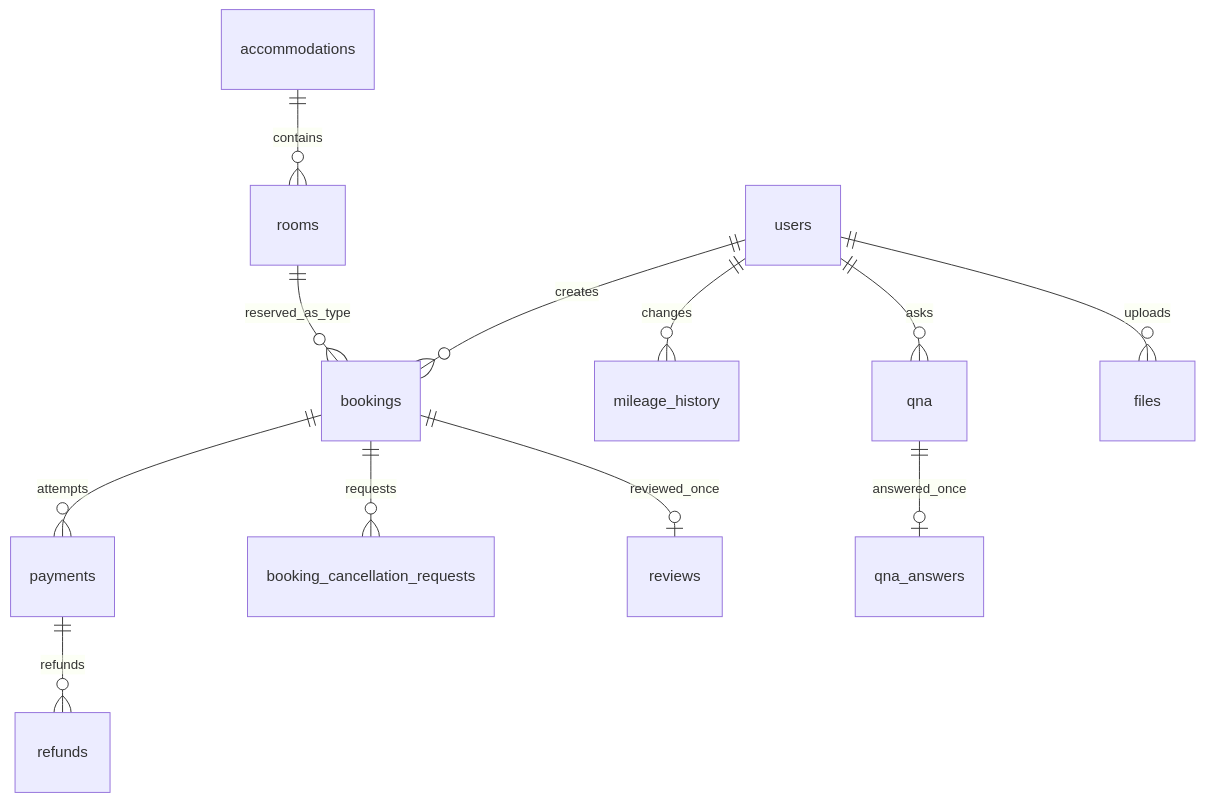
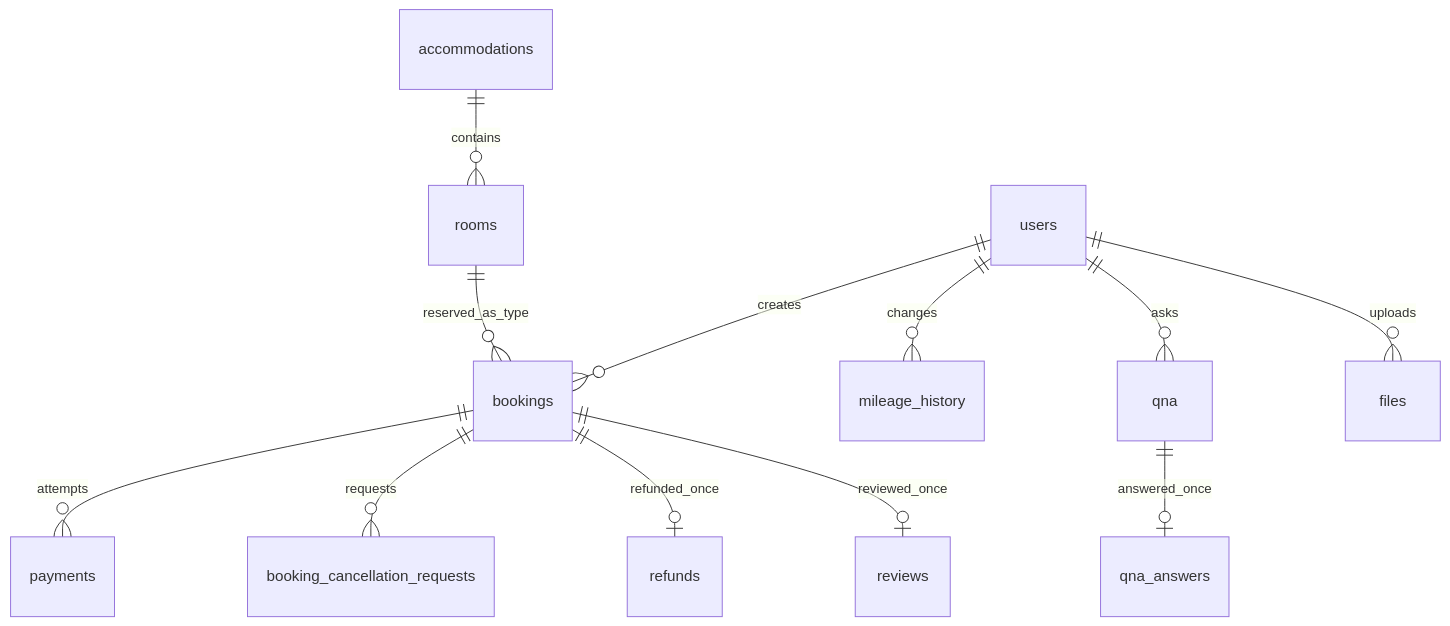
The diagram in docs/architecture/DATABASE.md (02wooyeon/staybooking), drawn with Mermaid before and after one commit. The commit also changed other lines of this file and 22 other files, not shown here.

````diff
--- a/docs/architecture/DATABASE.md
+++ b/docs/architecture/DATABASE.md
@@ -15,14 +15,14 @@
 ```mermaid
 erDiagram
     users ||--o{ bookings : creates
     accommodations ||--o{ rooms : contains
     rooms ||--o{ bookings : reserved_as_type
     bookings ||--o{ payments : attempts
     bookings ||--o{ booking_cancellation_requests : requests
-    payments ||--o{ refunds : refunds
+    bookings ||--o| refunds : refunded_once
     users ||--o{ mileage_history : changes
     bookings ||--o| reviews : reviewed_once
     users ||--o{ qna : asks
     qna ||--o| qna_answers : answered_once
     users ||--o{ files : uploads
 ```
````
